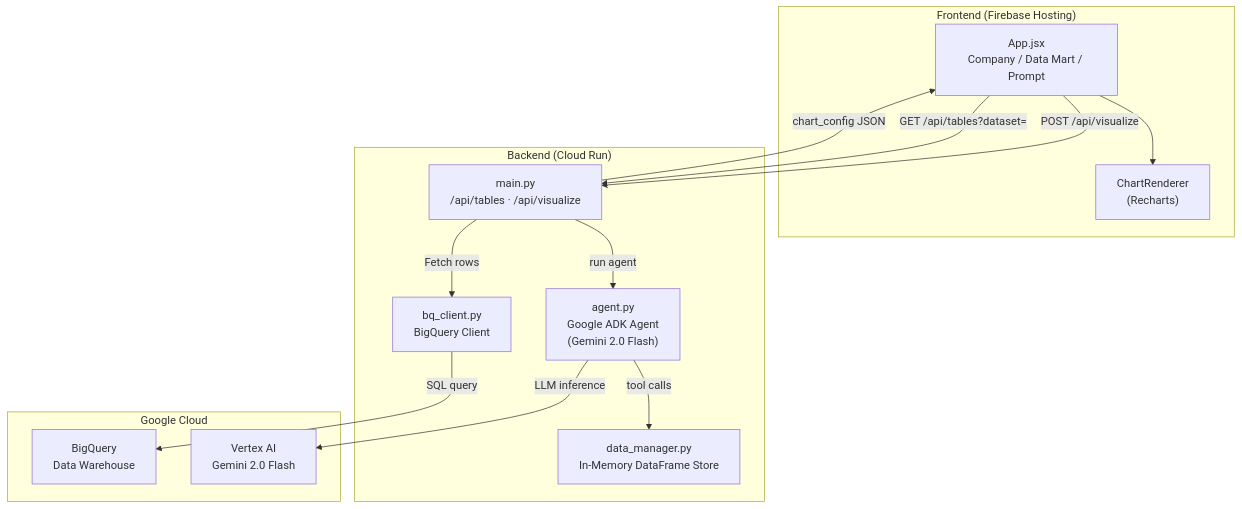
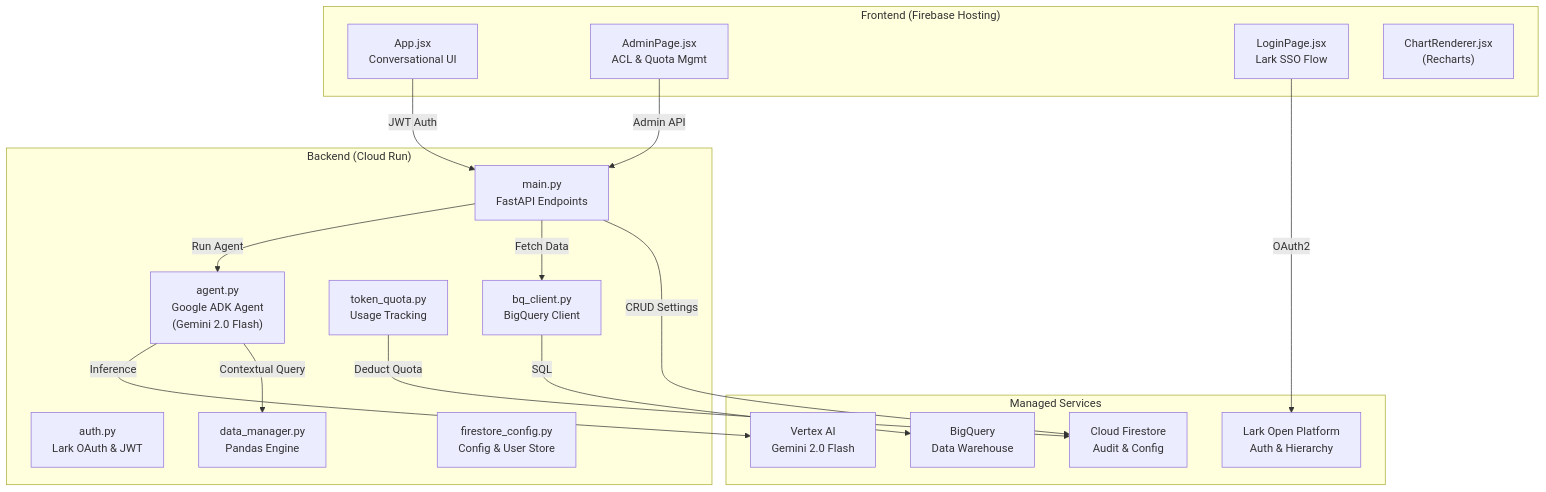
Before and after one commit to Aditya1614/Prompt-to-Visualization: the diagram in README.md, drawn with Mermaid. The commit also changed other lines of this file, not shown here.

````diff
--- a/README.md
+++ b/README.md
@@ -31,29 +31,37 @@
 ```mermaid
 flowchart TD
     subgraph Frontend ["Frontend (Firebase Hosting)"]
-        UI["App.jsx<br>Company / Data Mart / Prompt"]
-        CR["ChartRenderer<br>(Recharts)"]
+        UI["App.jsx<br>Conversational UI"]
+        ADM["AdminPage.jsx<br>ACL & Quota Mgmt"]
+        LGN["LoginPage.jsx<br>Lark SSO Flow"]
+        CR["ChartRenderer.jsx<br>(Recharts)"]
     end
 
     subgraph Backend ["Backend (Cloud Run)"]
-        API["main.py <br> /api/tables · /api/visualize"]
+        API["main.py <br> FastAPI Endpoints"]
+        ATH["auth.py<br>Lark OAuth & JWT"]
         AGENT["agent.py<br>Google ADK Agent<br>(Gemini 2.0 Flash)"]
-        DM["data_manager.py<br>In-Memory DataFrame Store"]
+        DM["data_manager.py<br>Pandas Engine"]
+        FS["firestore_config.py<br>Config & User Store"]
+        TQ["token_quota.py<br>Usage Tracking"]
         BQ["bq_client.py<br>BigQuery Client"]
     end
 
-    subgraph GCP ["Google Cloud"]
+    subgraph External ["Managed Services"]
+        LARK["Lark Open Platform<br>Auth & Hierarchy"]
+        FS_DB["Cloud Firestore<br>Audit & Config"]
         BQW["BigQuery<br>Data Warehouse"]
         VERTEX["Vertex AI<br>Gemini 2.0 Flash"]
     end
 
-    UI -- "POST /api/visualize" --> API
-    UI -- "GET /api/tables?dataset=" --> API
-    API -- "Fetch rows" --> BQ
-    BQ -- "SQL query" --> BQW
-    API -- "run agent" --> AGENT
-    AGENT -- "tool calls" --> DM
-    AGENT -- "LLM inference" --> VERTEX
-    API -- "chart_config JSON" --> UI
-    UI --> CR
+    UI -- "JWT Auth" --> API
+    ADM -- "Admin API" --> API
+    LGN -- "OAuth2" --> LARK
+    API -- "CRUD Settings" --> FS_DB
+    API -- "Fetch Data" --> BQ
+    BQ -- "SQL" --> BQW
+    API -- "Run Agent" --> AGENT
+    AGENT -- "Contextual Query" --> DM
+    AGENT -- "Inference" --> VERTEX
+    TQ -- "Deduct Quota" --> FS_DB
 ```
````
